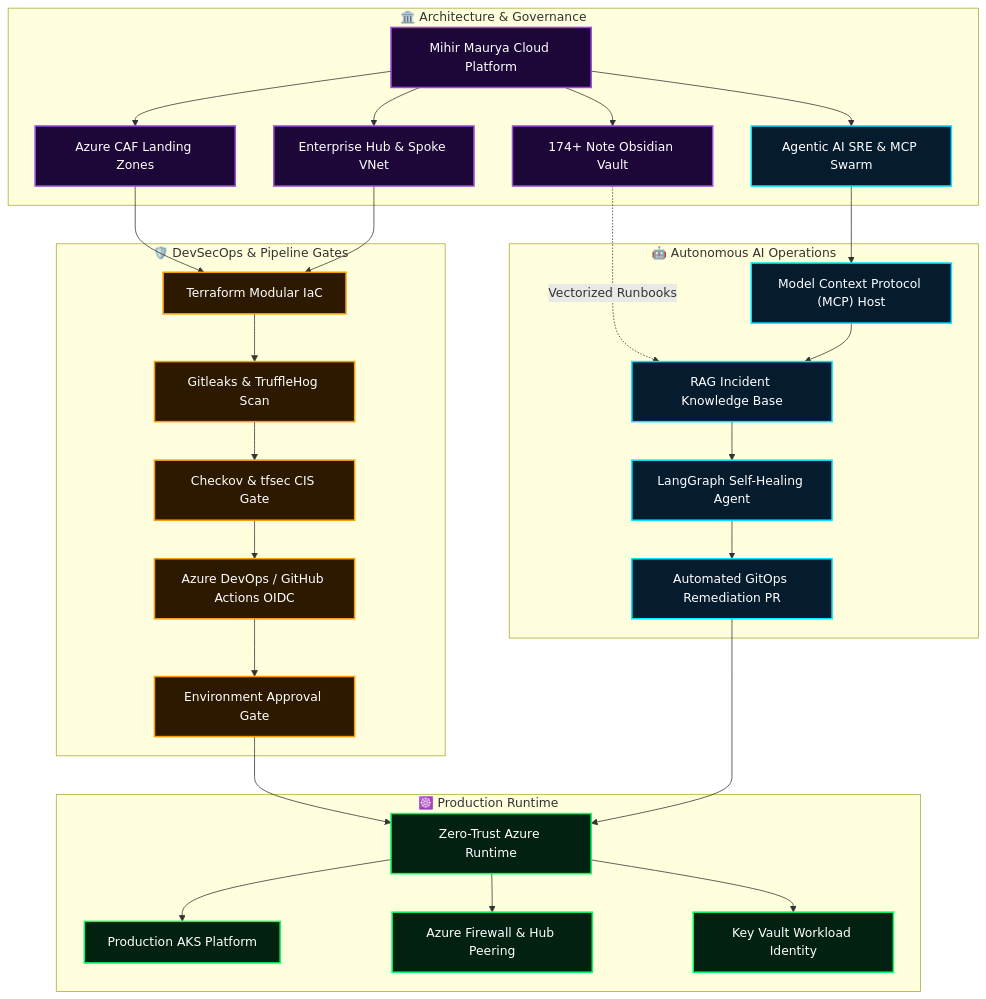
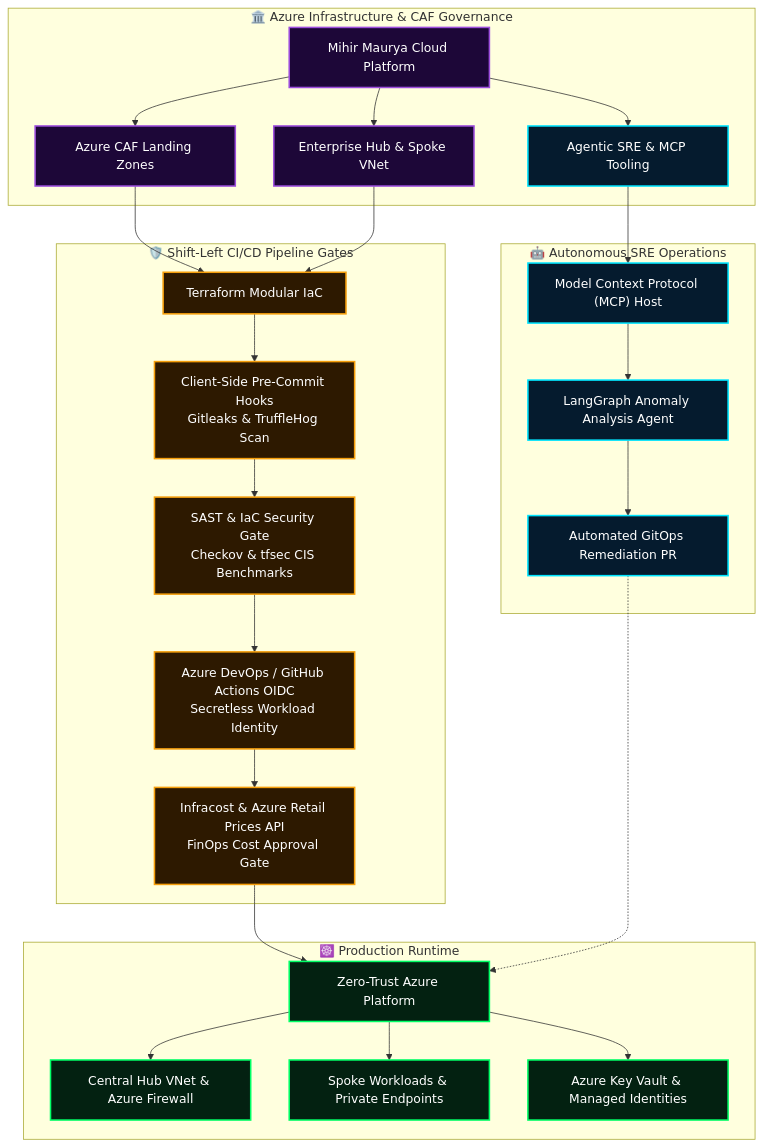
One commit to MihirMaurya-dev/MihirMaurya-dev changed the diagram in README.md. Above: the diagram before and after it, drawn with Mermaid. The commit also changed other lines of this file, not shown here.

Commit message:
feat: complete redesign of profile README for Cloud & DevSecOps Engineer

````diff
--- a/README.md
+++ b/README.md
@@ -54,44 +38,41 @@
 ```mermaid
 flowchart TD
-    subgraph Core["🏛️ Architecture & Governance"]
+    subgraph Core["🏛️ Azure Infrastructure & CAF Governance"]
         A["Mihir Maurya Cloud Platform"] --> B["Azure CAF Landing Zones"]
         A --> C["Enterprise Hub & Spoke VNet"]
-        A --> D["Agentic AI SRE & MCP Swarm"]
-        A --> E["174+ Note Obsidian Vault"]
+        A --> D["Agentic SRE & MCP Tooling"]
     end
 
-    subgraph DevSecOps["🛡️ DevSecOps & Pipeline Gates"]
-        B --> F["Terraform Modular IaC"]
-        C --> F
-        F --> G["Gitleaks & TruffleHog Scan"]
-        G --> H["Checkov & tfsec CIS Gate"]
-        H --> I["Azure DevOps / GitHub Actions OIDC"]
-        I --> J["Environment Approval Gate"]
-    end
-
-    subgraph AI["🤖 Autonomous AI Operations"]
-        D --> K["Model Context Protocol (MCP) Host"]
-        E -.->|"Vectorized Runbooks"| L["RAG Incident Knowledge Base"]
-        K --> L
-        L --> M["LangGraph Self-Healing Agent"]
-        M --> N["Automated GitOps Remediation PR"]
+    subgraph DevSecOps["🛡️ Shift-Left CI/CD Pipeline Gates"]
+        B --> E["Terraform Modular IaC"]
+        C --> E
+        E --> F["Client-Side Pre-Commit Hooks\nGitleaks & TruffleHog Scan"]
+        F --> G["SAST & IaC Security Gate\nCheckov & tfsec CIS Benchmarks"]
+        G --> H["Azure DevOps / GitHub Actions OIDC\nSecretless Workload Identity"]
+        H --> I["Infracost & Azure Retail Prices API\nFinOps Cost Approval Gate"]
     end
 
     subgraph Runtime["☸️ Production Runtime"]
-        J --> O["Zero-Trust Azure Runtime"]
-        N --> O
-        O --> P["Production AKS Platform"]
-        O --> Q["Azure Firewall & Hub Peering"]
-        O --> R["Key Vault Workload Identity"]
+        I --> J["Zero-Trust Azure Platform"]
+        J --> K["Central Hub VNet & Azure Firewall"]
+        J --> L["Spoke Workloads & Private Endpoints"]
+        J --> M["Azure Key Vault & Managed Identities"]
+    end
+
+    subgraph AI["🤖 Autonomous SRE Operations"]
+        D --> N["Model Context Protocol (MCP) Host"]
+        N --> O["LangGraph Anomaly Analysis Agent"]
+        O --> P["Automated GitOps Remediation PR"]
+        P -.-> J
     end
 
     classDef purple fill:#1d0738,stroke:#9d4edd,stroke-width:2px,color:#fff;
     classDef matrix fill:#032111,stroke:#00ff66,stroke-width:2px,color:#fff;
     classDef cyan fill:#051b2e,stroke:#00e5ff,stroke-width:2px,color:#fff;
     classDef amber fill:#2d1900,stroke:#f59e0b,stroke-width:2px,color:#fff;
 
-    class A,B,C,E purple;
-    class F,G,H,I,J amber;
-    class D,K,L,M,N cyan;
-    class O,P,Q,R matrix;
+    class A,B,C purple;
+    class E,F,G,H,I amber;
+    class D,N,O,P cyan;
+    class J,K,L,M matrix;
 ```
````
